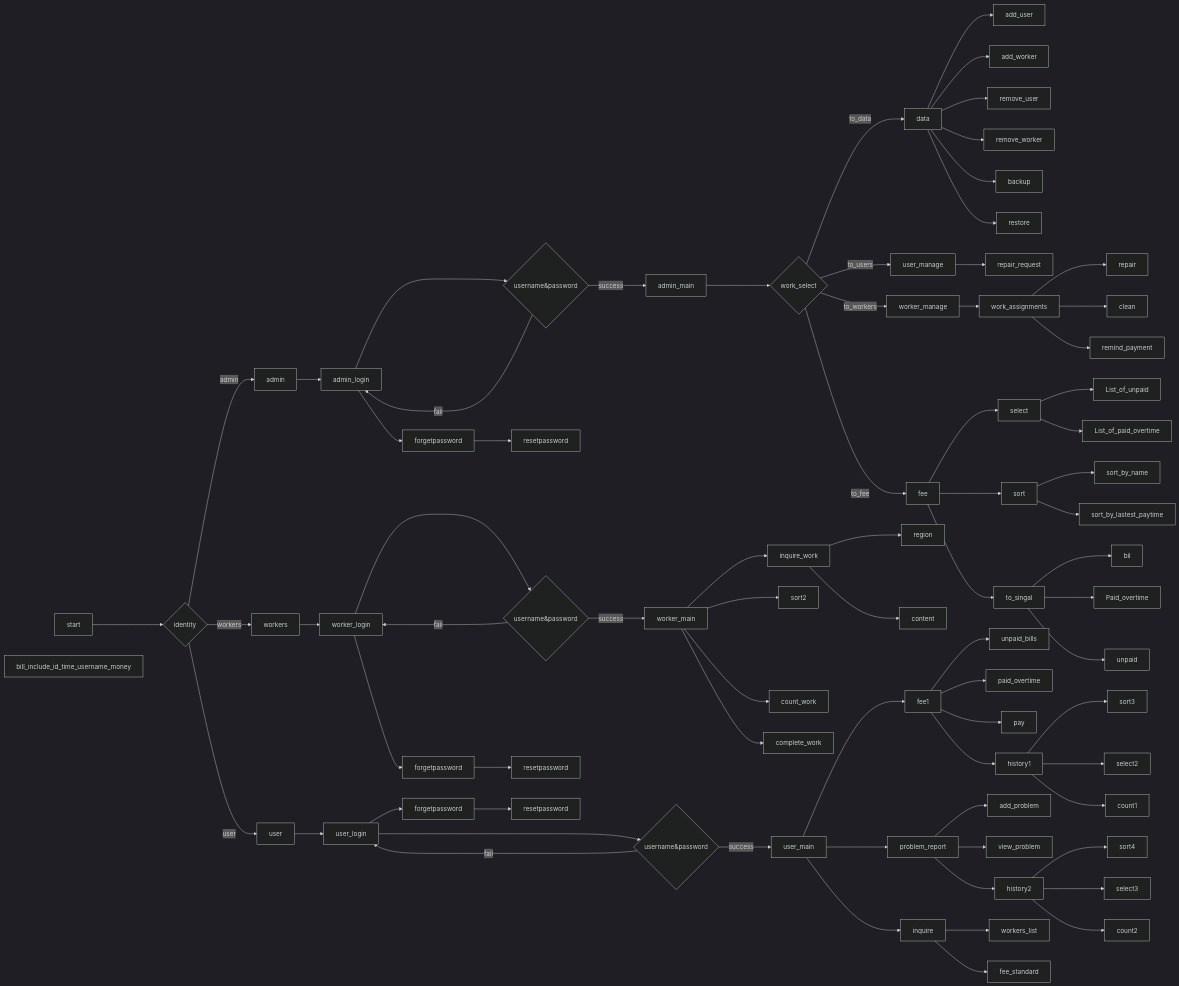
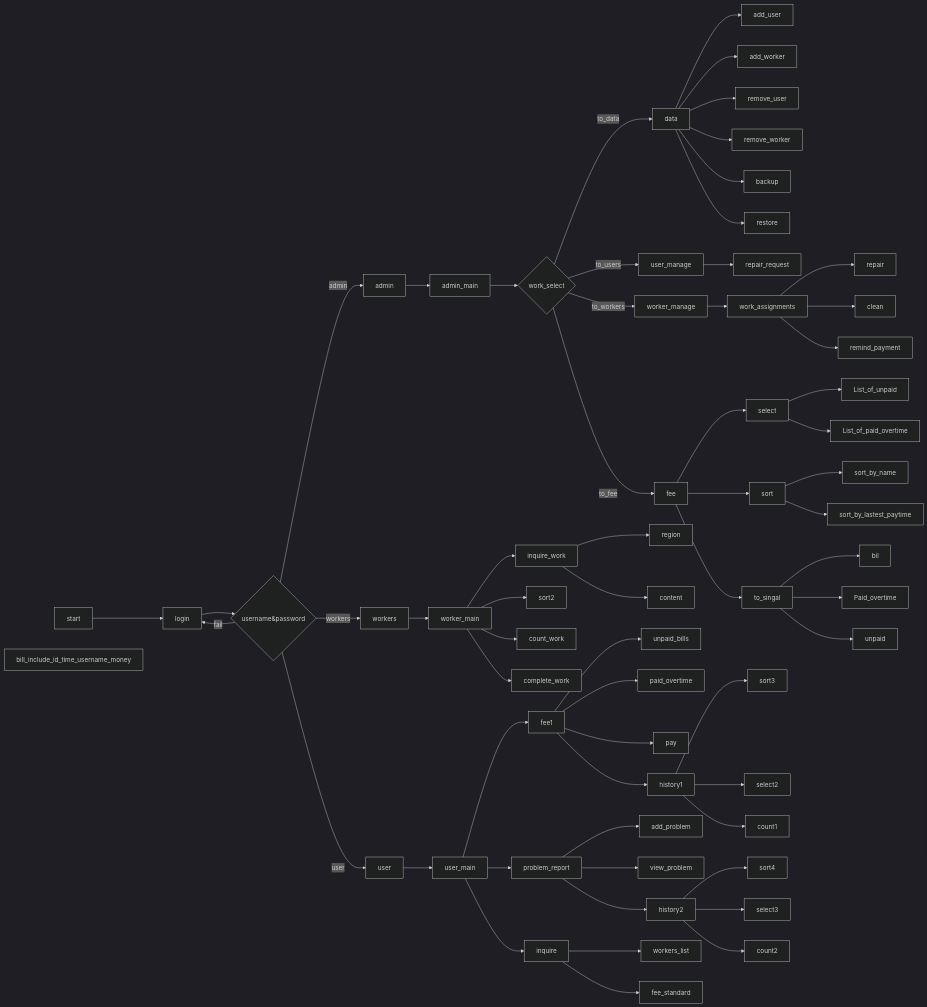
The diagram in flowchart.md (Rushyoung/properties_management), drawn with Mermaid (dark theme) before and after one commit. The commit also changed 1 other file, not shown here.

Commit message:
docs: optimized the flowchart grah

````diff
--- a/flowchart.md
+++ b/flowchart.md
@@ -1,80 +1,67 @@
 ```mermaid
 graph LR
-start --> choose{identity}
-choose --> |admin| admin
-choose --> |user| user
-choose --> |workers| workers
+start --> login
+login --> verify{username&password} 
+verify -->|admin| admin
+verify --> |user| user
+verify --> |workers| workers
+verify --> |fail| login
 
-admin --> admin_login
-admin_login ---> verify1{username&password}
-admin_login --> forget1[forgetpassword]
-forget1 --> reset1[resetpassword]
-verify1 --> |success| admin_main
-verify1 --fail--> admin_login
+admin --> admin_main
 admin_main --> work_select1{work_select}
 work_select1 --> |to_users| user_manage
 work_select1 --> |to_workers| worker_manage
 work_select1 --> |to_fee| fee
 work_select1 --> |to_data| data
 data --> add_user
 data --> add_worker
 data --> remove_user
 data --> remove_worker
 data --> backup
 data --> restore
 user_manage --> repair_request
 fee --> select
 fee --> sort
 fee --> to_singal
 select --> List_of_unpaid
 select --> List_of_paid_overtime
 sort --> sort_by_name
 sort --> sort_by_lastest_paytime
 to_singal --> bil
 to_singal --> Paid_overtime
 to_singal --> unpaid
 worker_manage --> work_assignments
 work_assignments --> repair
 work_assignments --> clean
 work_assignments --> remind_payment
 
-workers --> worker_login
-worker_login --> verify2{username&password}
-worker_login --> forget2[forgetpassword]
-forget2 --> reset2[resetpassword]
-verify2 --> |success| worker_main
-verify2 ---> |fail| worker_login
+workers --> worker_main
 worker_main --> inquire_work
 worker_main --> sort2
 worker_main --> count_work
 worker_main --> complete_work
 inquire_work --> region
 inquire_work --> content
 
-user --> user_login
-user_login --> verify3{username&password}
-user_login --> forget3[forgetpassword]
-forget3 --> reset3[resetpassword]
-verify3 --> |success| user_main
-verify3 ----> |fail| user_login
+user -->  user_main
 user_main --> fee1
 user_main --> problem_report
 user_main --> inquire
 fee1 --> unpaid_bills
 fee1 --> paid_overtime
 fee1 --> pay
 fee1 --> history1
 history1 --> sort3
 history1 --> select2
 history1 --> count1
 problem_report --> add_problem
 problem_report --> view_problem
 problem_report --> history2
 history2 --> sort4
 history2 --> select3
 history2 --> count2
 inquire --> workers_list
 inquire --> fee_standard
 
 bill_include_id_time_username_money
 ```
````
